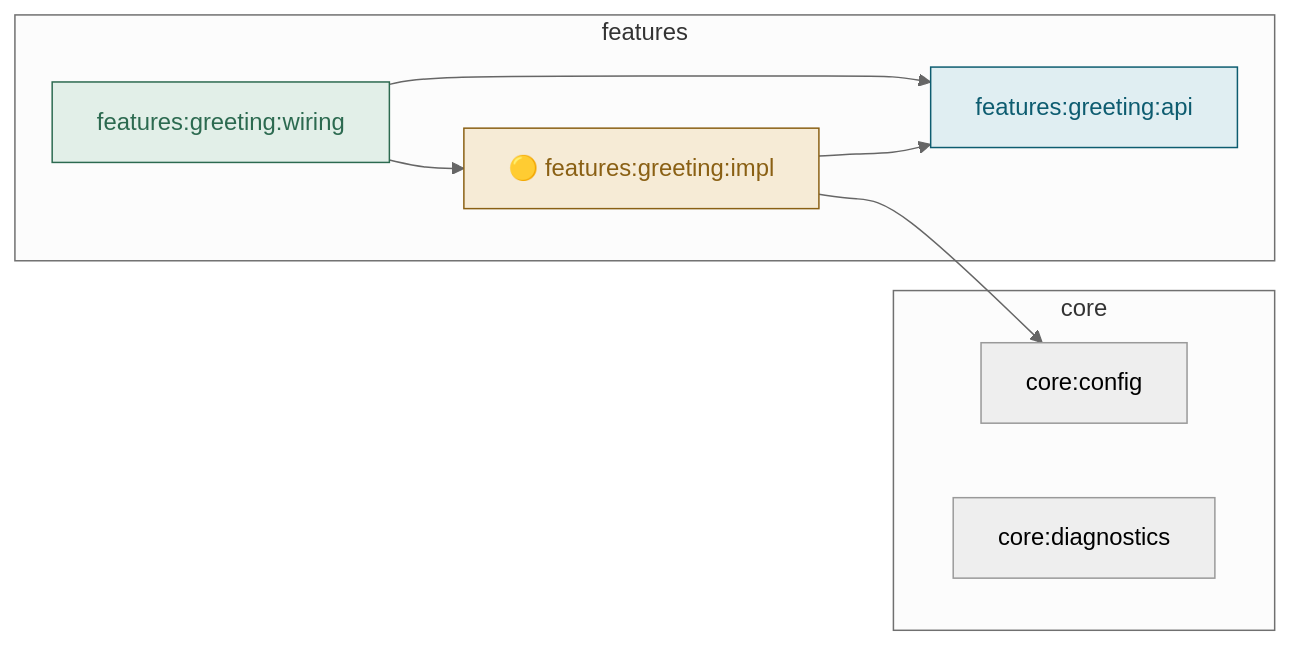
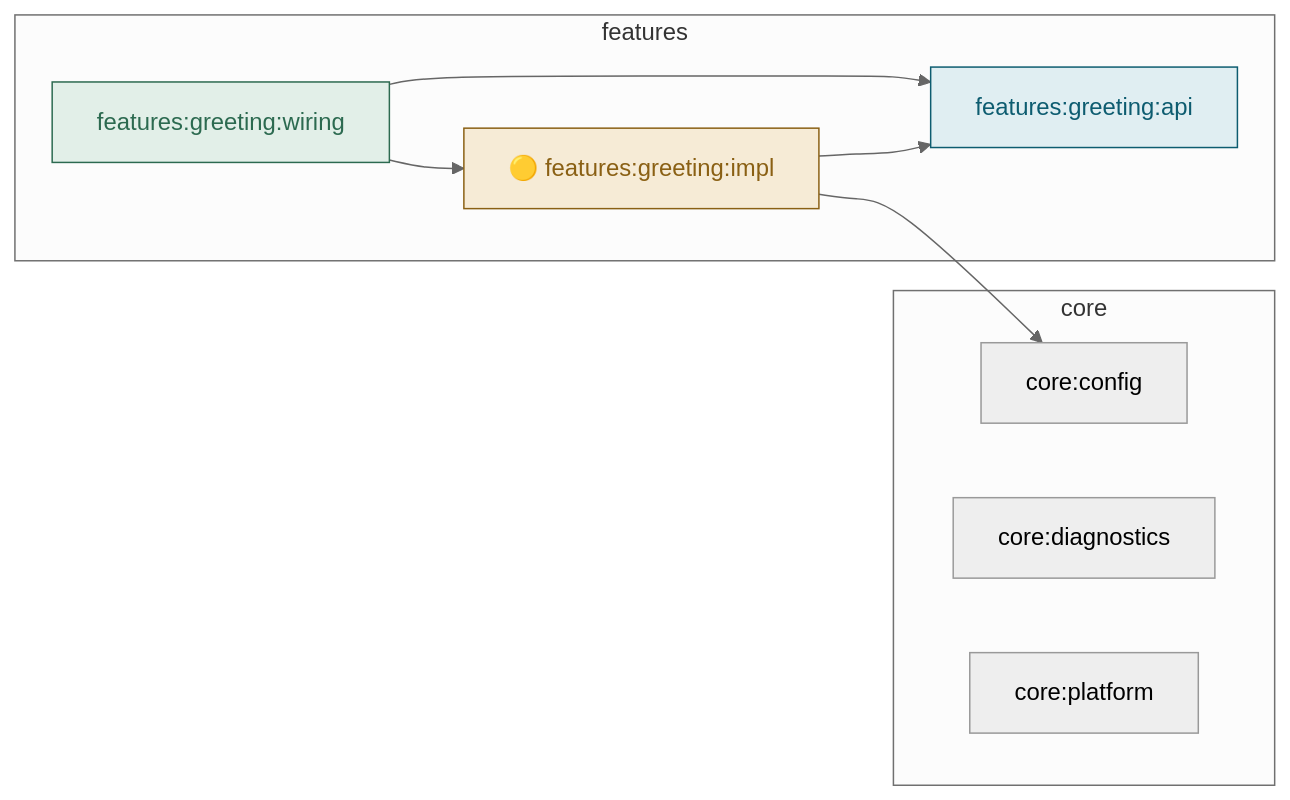
Before and after one commit to Thernal/build-kit: the diagram in report/core-and-features.md, drawn with Mermaid (neutral theme). The commit also changed 9 other files, not shown here.

````diff
--- a/report/core-and-features.md
+++ b/report/core-and-features.md
@@ -10,23 +10,24 @@
 ```mermaid
 graph LR
   subgraph core["core"]
     fixture_core_config["core:config"]
     fixture_core_diagnostics["core:diagnostics"]
+    fixture_core_platform["core:platform"]
   end
   subgraph features["features"]
     fixture_features_greeting_api["features:greeting:api"]
     fixture_features_greeting_impl["🟡 features:greeting:impl"]
     fixture_features_greeting_wiring["features:greeting:wiring"]
   end
   fixture_features_greeting_impl --> fixture_core_config
   fixture_features_greeting_impl --> fixture_features_greeting_api
   fixture_features_greeting_wiring --> fixture_features_greeting_api
   fixture_features_greeting_wiring --> fixture_features_greeting_impl
   classDef api fill:#e0eef2,stroke:#0d5c70,color:#0d5c70;
   classDef impl fill:#f6ebd6,stroke:#8a6014,color:#8a6014;
   classDef wiring fill:#e2efe8,stroke:#2c6a50,color:#2c6a50;
   classDef app fill:#eae8f0,stroke:#5a5570,color:#5a5570;
   class fixture_features_greeting_api api;
   class fixture_features_greeting_impl impl;
   class fixture_features_greeting_wiring wiring;
 ```
````
